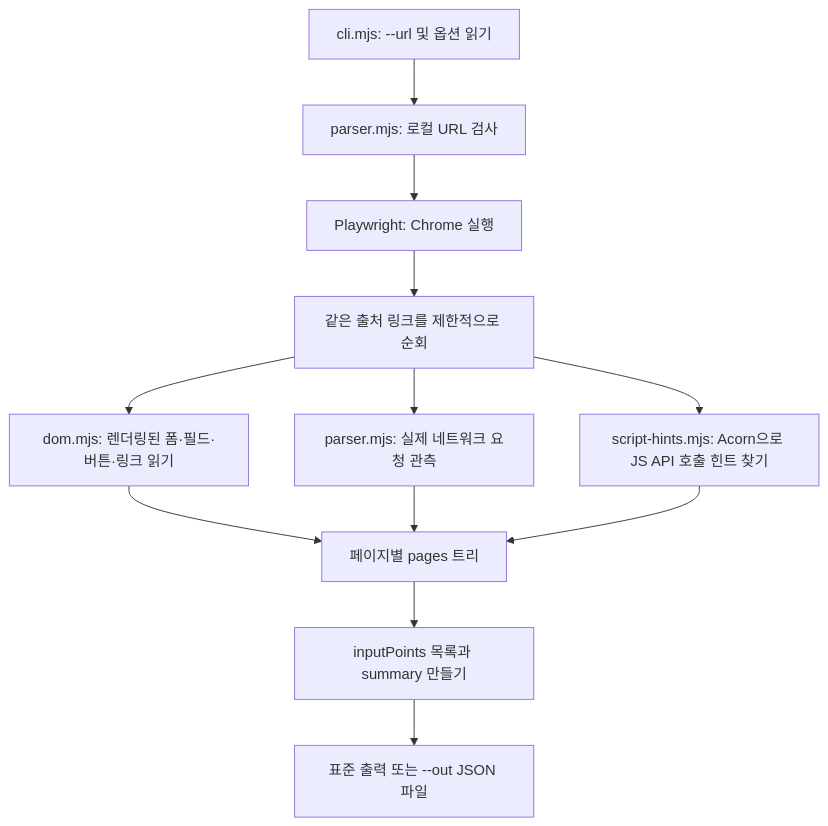
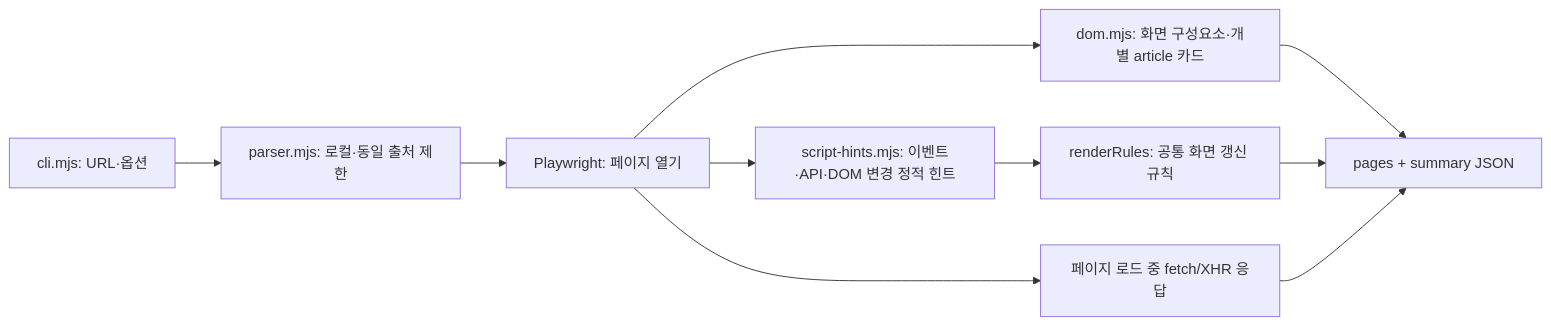
The diagram in xss-parser/README.md (typemnm/FSL-CA3P), drawn with Mermaid before and after one commit. The commit also changed other lines of this file and 7 other files, not shown here.

````diff
--- a/xss-parser/README.md
+++ b/xss-parser/README.md
@@ -156,14 +123,12 @@
 ```mermaid
-flowchart TD
-  A["cli.mjs: --url 및 옵션 읽기"] --> B["parser.mjs: 로컬 URL 검사"]
-  B --> C["Playwright: Chrome 실행"]
-  C --> D["같은 출처 링크를 제한적으로 순회"]
-  D --> E["dom.mjs: 렌더링된 폼·필드·버튼·링크 읽기"]
-  D --> F["parser.mjs: 실제 네트워크 요청 관측"]
-  D --> G["script-hints.mjs: Acorn으로 JS API 호출 힌트 찾기"]
-  E --> H["페이지별 pages 트리"]
-  F --> H
-  G --> H
-  H --> I["inputPoints 목록과 summary 만들기"]
-  I --> J["표준 출력 또는 --out JSON 파일"]
+flowchart LR
+  A["cli.mjs: URL·옵션"] --> B["parser.mjs: 로컬·동일 출처 제한"]
+  B --> C["Playwright: 페이지 열기"]
+  C --> D["dom.mjs: 화면 구성요소·개별 article 카드"]
+  C --> E["script-hints.mjs: 이벤트·API·DOM 변경 정적 힌트"]
+  C --> F["페이지 로드 중 fetch/XHR 응답"]
+  D --> G["pages + summary JSON"]
+  E --> H["renderRules: 공통 화면 갱신 규칙"]
+  H --> G
+  F --> G
 ```
````
